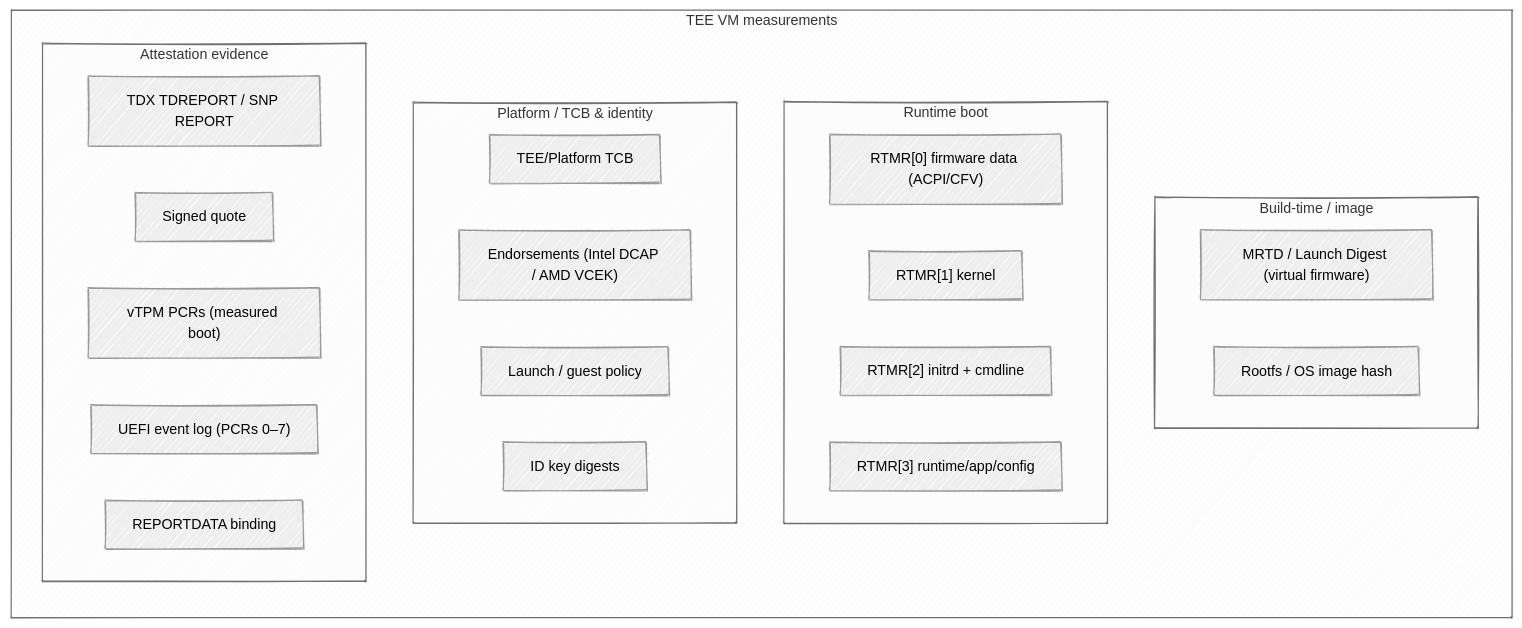
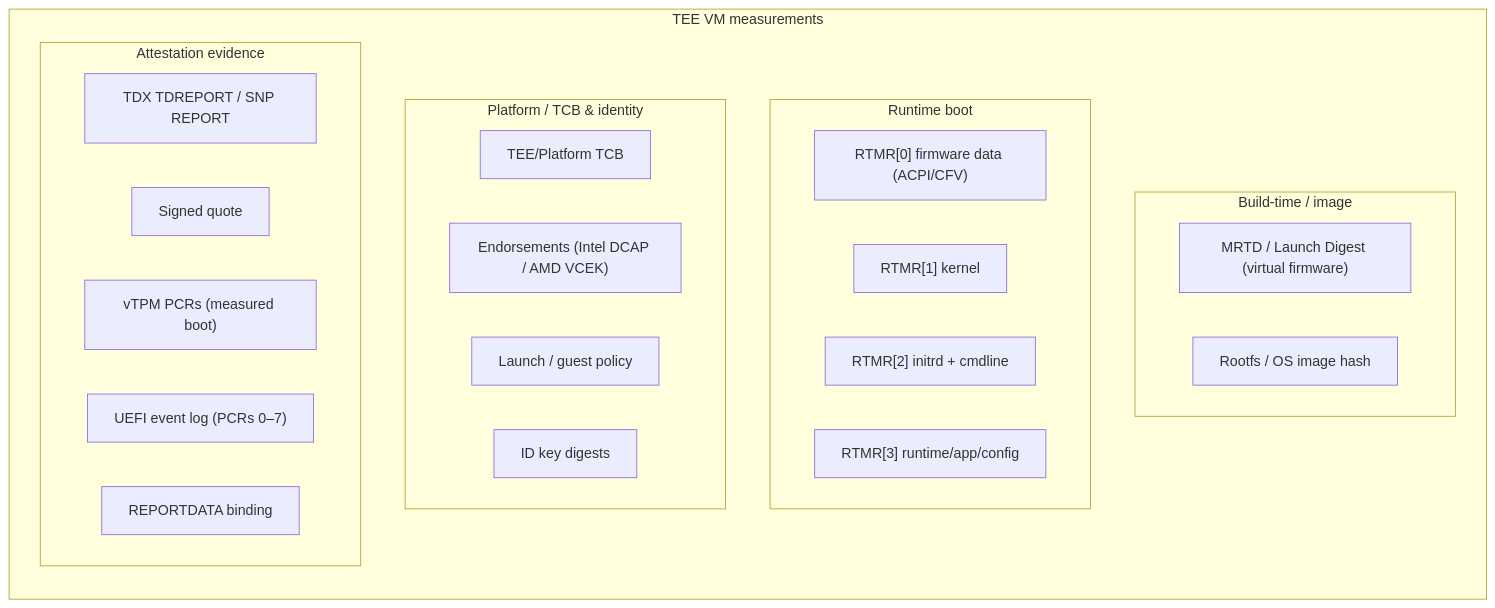
One commit to nmwael/confidential-containers-introduction changed the diagram in diagrams/teevmmeasurement.mmd. Above: the diagram before and after it, drawn with Mermaid. The commit also changed 2 other files, not shown here.

```diff
--- a/diagrams/teevmmeasurement.mmd
+++ b/diagrams/teevmmeasurement.mmd
@@ -1,36 +1,31 @@
----
-config:
-  look: handDrawn
-  theme: neutral
----
 flowchart TB
   subgraph TEE["TEE VM measurements"]
     direction TB
 
     subgraph Build["Build-time / image"]
       TDVF["MRTD / Launch Digest (virtual firmware)"]
       RootFS["Rootfs / OS image hash"]
     end
 
     subgraph Runtime["Runtime boot"]
       R0["RTMR[0] firmware data (ACPI/CFV)"]
       R1["RTMR[1] kernel"]
       R2["RTMR[2] initrd + cmdline"]
       R3["RTMR[3] runtime/app/config"]
     end
 
     subgraph Platform["Platform / TCB & identity"]
       TCB["TEE/Platform TCB"]
       End["Endorsements (Intel DCAP / AMD VCEK)"]
       Pol["Launch / guest policy"]
       IDs["ID key digests"]
     end
 
     subgraph Evidence["Attestation evidence"]
       HW["TDX TDREPORT / SNP REPORT"]
       Quote["Signed quote"]
       PCRs["vTPM PCRs (measured boot)"]
       UEFI["UEFI event log (PCRs 0–7)"]
       RD["REPORTDATA binding"]
     end
   end
```
